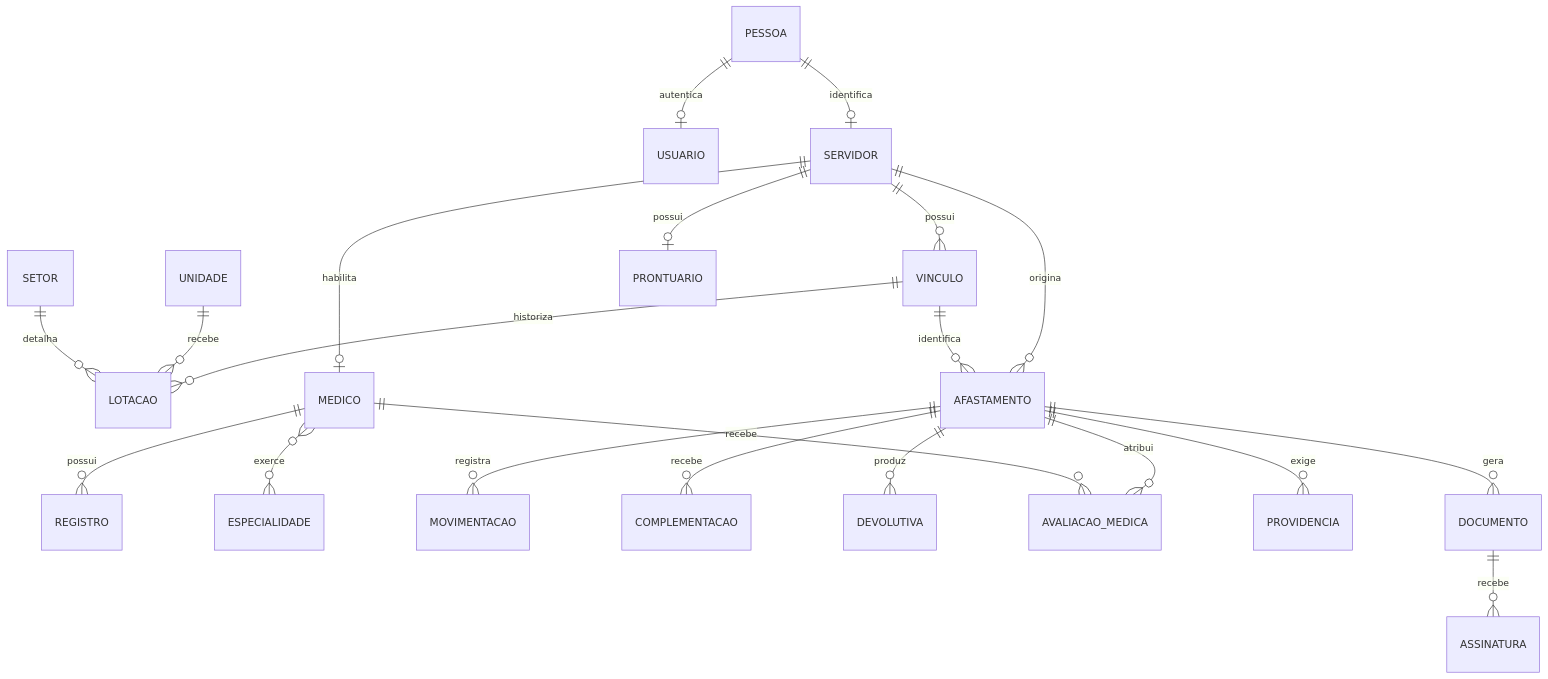
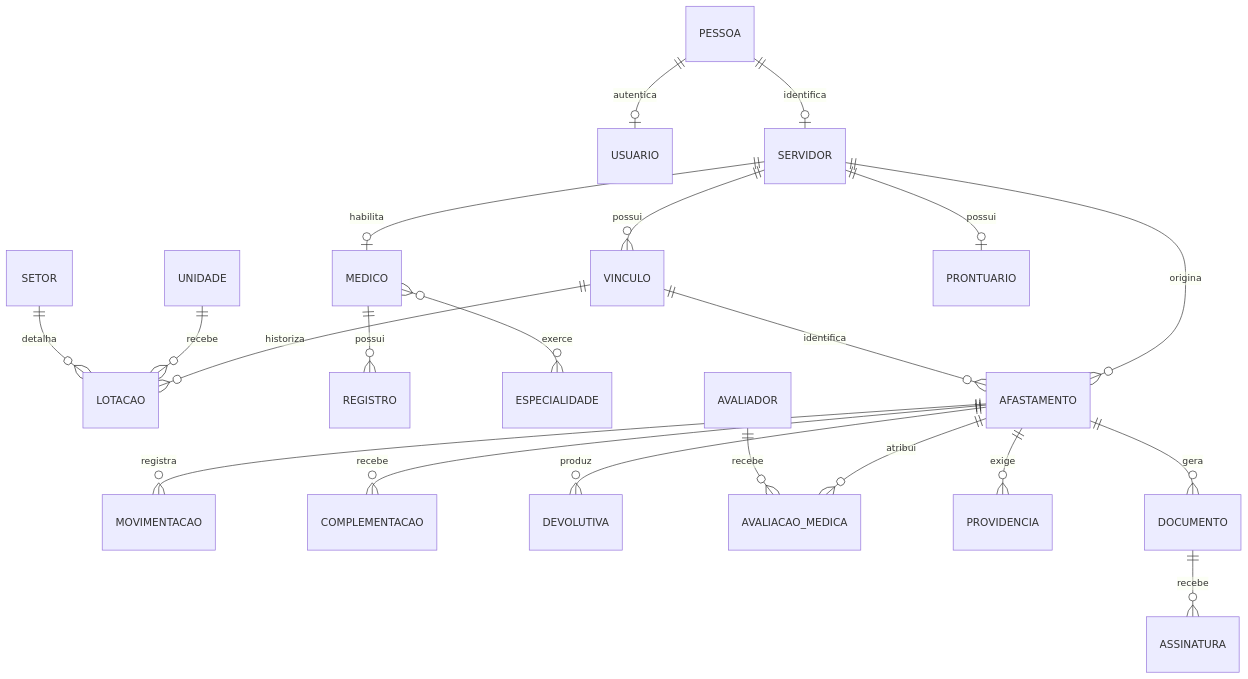
One commit to marcosroberto-netizen/servidor360 changed the diagram in docs/database.md. Above: the diagram before and after it, drawn with Mermaid. The commit also changed other lines of this file and 51 other files, not shown here.

Commit message:
Criando a tela para avaliacao do medico/perito

````diff
--- a/docs/database.md
+++ b/docs/database.md
@@ -7,23 +7,23 @@
 ```mermaid
 erDiagram
     PESSOA ||--o| USUARIO : autentica
     PESSOA ||--o| SERVIDOR : identifica
     SERVIDOR ||--o{ VINCULO : possui
     VINCULO ||--o{ LOTACAO : historiza
     UNIDADE ||--o{ LOTACAO : recebe
     SETOR ||--o{ LOTACAO : detalha
     SERVIDOR ||--o| MEDICO : habilita
     MEDICO ||--o{ REGISTRO : possui
     MEDICO }o--o{ ESPECIALIDADE : exerce
     SERVIDOR ||--o| PRONTUARIO : possui
     SERVIDOR ||--o{ AFASTAMENTO : origina
     VINCULO ||--o{ AFASTAMENTO : identifica
     AFASTAMENTO ||--o{ MOVIMENTACAO : registra
     AFASTAMENTO ||--o{ COMPLEMENTACAO : recebe
     AFASTAMENTO ||--o{ DEVOLUTIVA : produz
     AFASTAMENTO ||--o{ AVALIACAO_MEDICA : atribui
-    MEDICO ||--o{ AVALIACAO_MEDICA : recebe
+    AVALIADOR ||--o{ AVALIACAO_MEDICA : recebe
     AFASTAMENTO ||--o{ PROVIDENCIA : exige
     AFASTAMENTO ||--o{ DOCUMENTO : gera
     DOCUMENTO ||--o{ ASSINATURA : recebe
 ```
````
